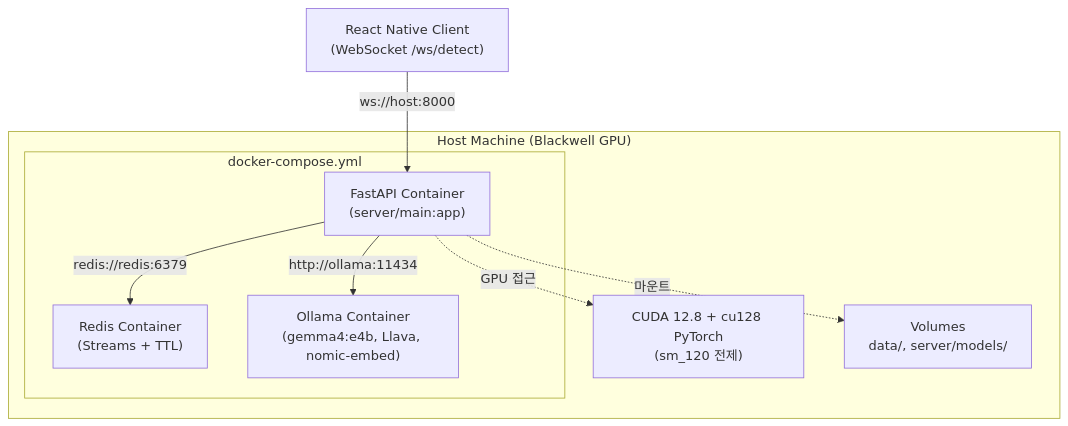
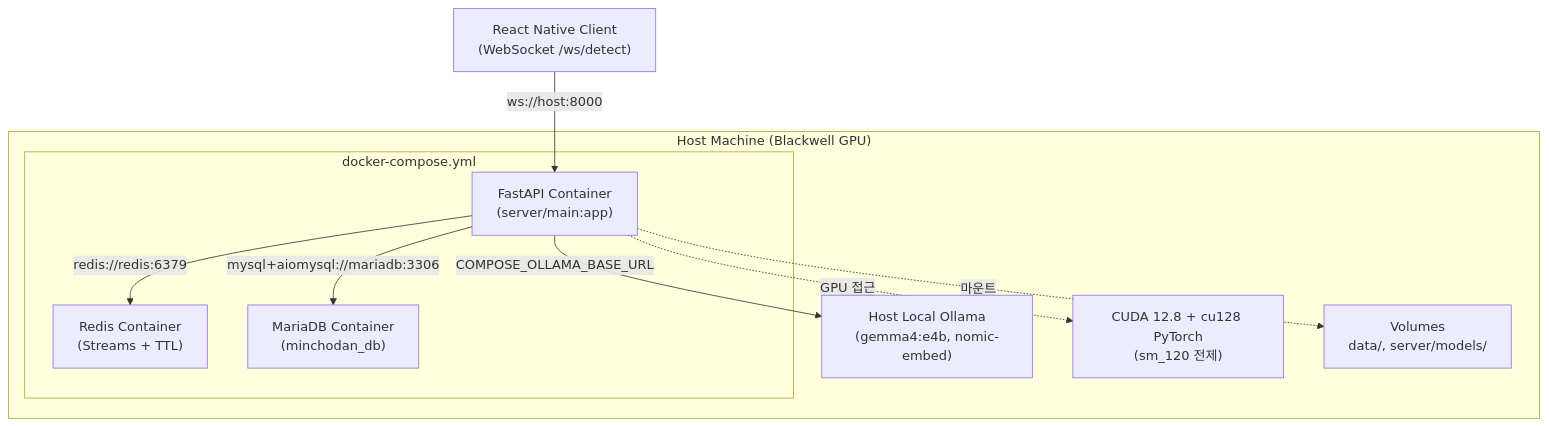
The diagram in docs/ops/deployment_guide.md (Groog-sudo/Minchodan), drawn with Mermaid before and after one commit. The commit also changed other lines of this file and 18 other files, not shown here.

Commit message:
chore(docker): use host-local ollama with compose

````diff
--- a/docs/ops/deployment_guide.md
+++ b/docs/ops/deployment_guide.md
@@ -19,20 +19,22 @@
 ```mermaid
 graph TD
     subgraph Host ["Host Machine (Blackwell GPU)"]
         subgraph Compose ["docker-compose.yml"]
             FastAPI["FastAPI Container<br/>(server/main:app)"]
             Redis["Redis Container<br/>(Streams + TTL)"]
-            Ollama["Ollama Container<br/>(gemma4:e4b, Llava, nomic-embed)"]
+            MariaDB["MariaDB Container<br/>(minchodan_db)"]
         end
+        Ollama["Host Local Ollama<br/>(gemma4:e4b, nomic-embed)"]
         GPU["CUDA 12.8 + cu128 PyTorch<br/>(sm_120 전제)"]
         Volumes["Volumes<br/>data/, server/models/"]
     end
 
     Client["React Native Client<br/>(WebSocket /ws/detect)"]
 
     Client -->|"ws://host:8000"| FastAPI
     FastAPI -->|"redis://redis:6379"| Redis
-    FastAPI -->|"http://ollama:11434"| Ollama
+    FastAPI -->|"mysql+aiomysql://mariadb:3306"| MariaDB
+    FastAPI -->|"COMPOSE_OLLAMA_BASE_URL"| Ollama
     FastAPI -.->|"GPU 접근"| GPU
     FastAPI -.->|"마운트"| Volumes
 ```
````
